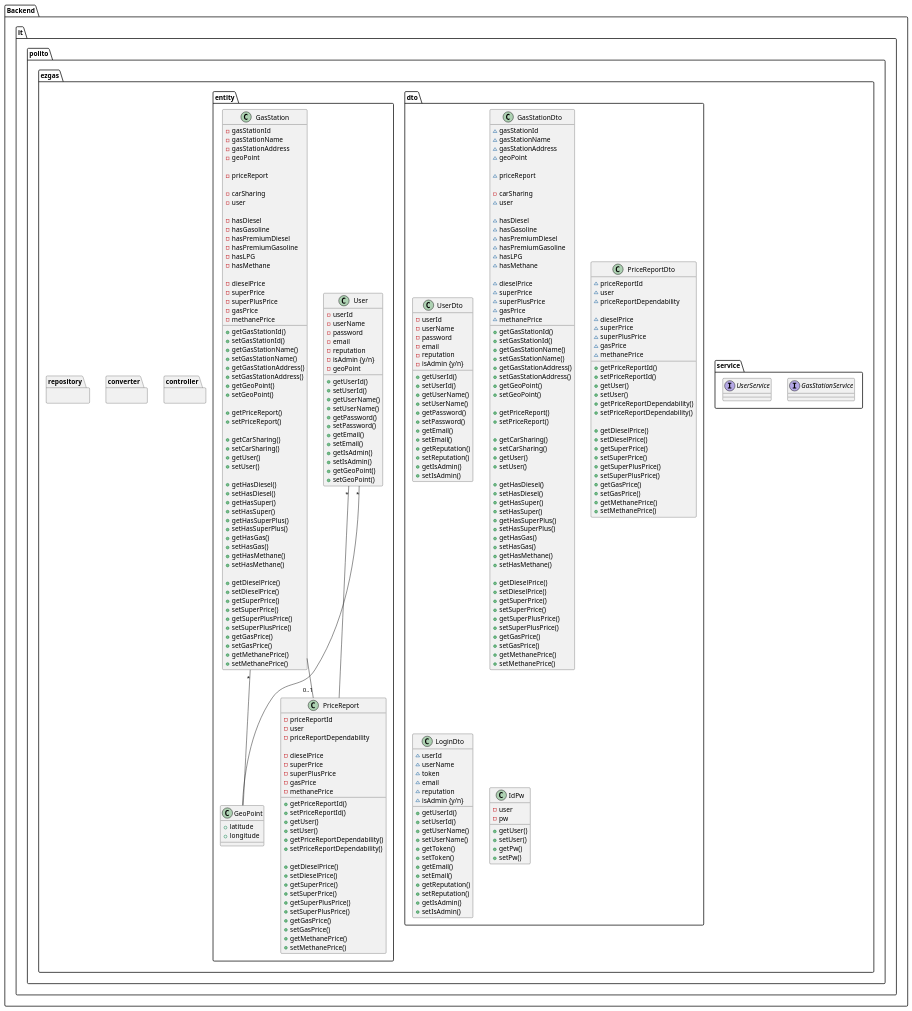
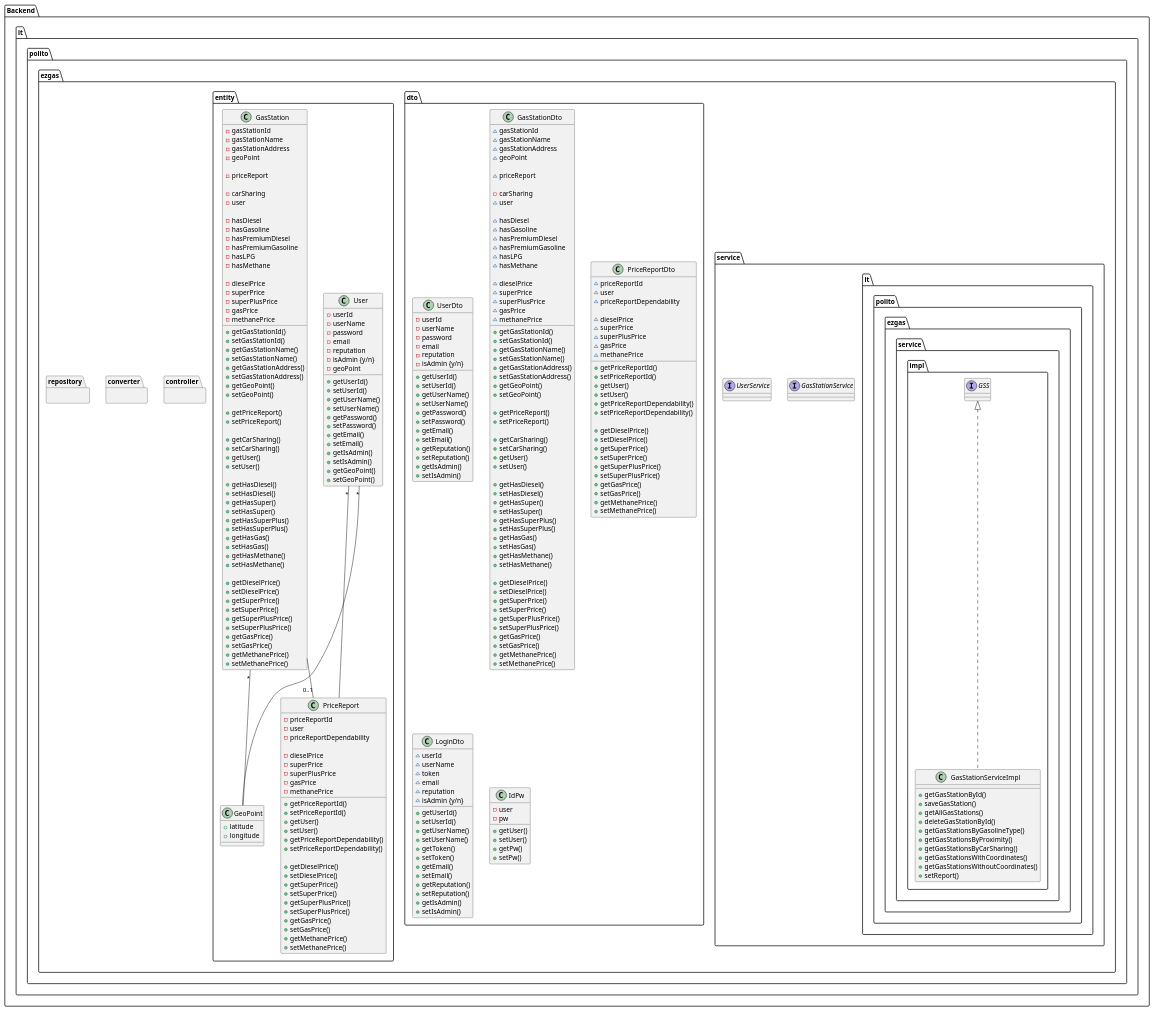
The fourth of 4 diagrams in docs/DesignDocument.md (e-caste/SoftEng-EZGas), drawn with PlantUML before and after one commit.

Commit message:
add GasStationServiceImpl class to service package

```diff
--- a/docs/DesignDocument.md
+++ b/docs/DesignDocument.md
@@ -226,8 +226,23 @@
 
 Package Backend {
     package "it.polito.ezgas.service" {
-       interface "GasStationService"
-       interface "UserService"
+       interface "GasStationService" as GSS
+       interface "UserService" as US
+
+        package "it.polito.ezgas.service.impl" {
+            class GasStationServiceImpl implements GSS {
+                + getGasStationById()
+                + saveGasStation()
+                + getAllGasStations()
+                + deleteGasStationById()
+                + getGasStationsByGasolineType()
+                + getGasStationsByProximity()
+                + getGasStationsByCarSharing()
+                + getGasStationsWithCoordinates()
+                + getGasStationsWithoutCoordinates()
+                + setReport()
+            }
+        }
     }
     
     package "it.polito.ezgas.controller" {
```
